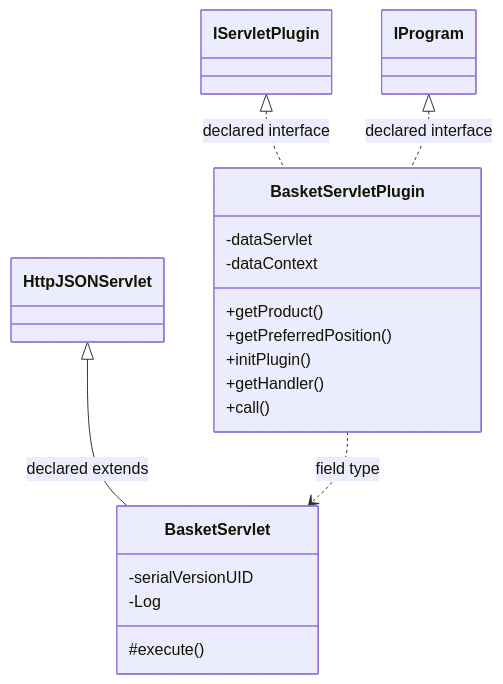
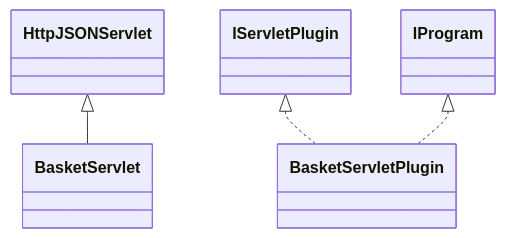
One commit to haruperi/HaruQuantAI changed the diagram in docs/sqx/DataManager/DataManagerBasket.md. Above: the diagram before and after it, drawn with Mermaid. The commit also changed other lines of this file and 1688 other files, not shown here.

````diff
--- a/docs/sqx/DataManager/DataManagerBasket.md
+++ b/docs/sqx/DataManager/DataManagerBasket.md
@@ -30,24 +26,11 @@
 ```mermaid
 classDiagram
-    class C7ee8d5e4e8a2["BasketServlet"] {
-        -serialVersionUID
-        -Log
-        #execute()
-    }
-    class Cece6cee9f909["BasketServletPlugin"] {
-        -dataServlet
-        -dataContext
-        +getProduct()
-        +getPreferredPosition()
-        +initPlugin()
-        +getHandler()
-        +call()
-    }
-    class C1b6b4448b67b["IProgram"]
-    class C249b5c671b1a["IServletPlugin"]
-    class C8900f90ae594["HttpJSONServlet"]
-    C8900f90ae594 <|-- C7ee8d5e4e8a2 : declared extends
-    C249b5c671b1a <|.. Cece6cee9f909 : declared interface
-    C1b6b4448b67b <|.. Cece6cee9f909 : declared interface
-    Cece6cee9f909 ..> C7ee8d5e4e8a2 : field type
+    class C0["BasketServlet"]
+    class C1["BasketServletPlugin"]
+    class E0["HttpJSONServlet"]
+    E0 <|-- C0
+    class E1["IServletPlugin"]
+    E1 <|.. C1
+    class E2["IProgram"]
+    E2 <|.. C1
 ```
````
